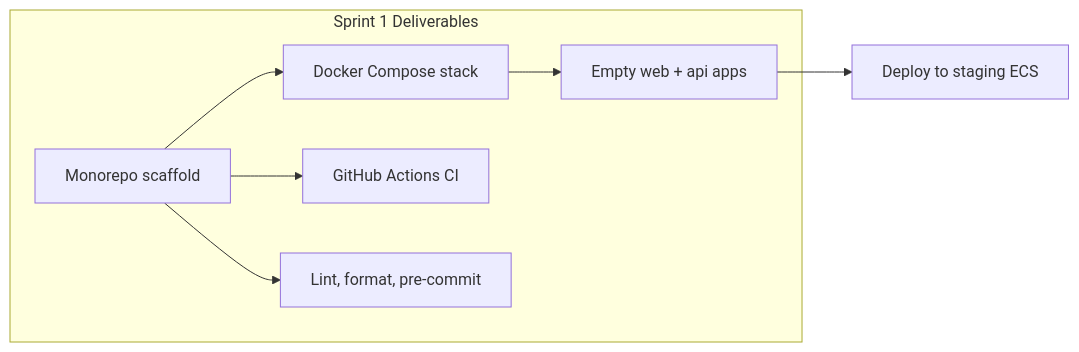
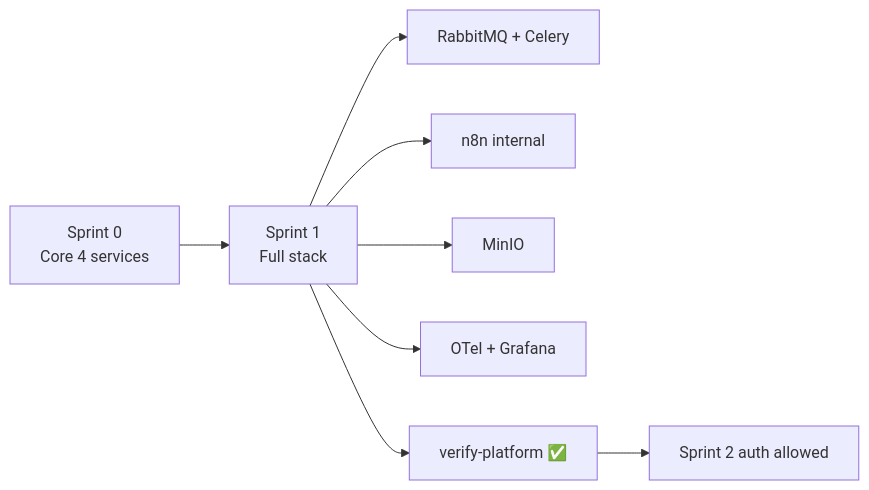
One commit to abhishekthatguy/luxflow-ai changed the diagram in docs/17-sprint-planning/sprint-01-infrastructure.md. Above: the diagram before and after it, drawn with Mermaid. The commit also changed other lines of this file and 37 other files, not shown here.

````diff
--- a/docs/17-sprint-planning/sprint-01-infrastructure.md
+++ b/docs/17-sprint-planning/sprint-01-infrastructure.md
@@ -14,15 +17,10 @@
 ```mermaid
 flowchart LR
-    subgraph Sprint1Deliverables["Sprint 1 Deliverables"]
-        MONO[Monorepo scaffold]
-        DOCKER[Docker Compose stack]
-        CI[GitHub Actions CI]
-        APPS[Empty web + api apps]
-        TOOL[Lint, format, pre-commit]
-    end
-
-    MONO --> DOCKER --> APPS
-    MONO --> CI
-    MONO --> TOOL
-    APPS --> STG[Deploy to staging ECS]
+    S0[Sprint 0<br/>Core 4 services] --> S1[Sprint 1<br/>Full stack]
+    S1 --> RMQ[RabbitMQ + Celery]
+    S1 --> N8N[n8n internal]
+    S1 --> S3[MinIO]
+    S1 --> OBS[OTel + Grafana]
+    S1 --> GATE[verify-platform ✅]
+    GATE --> S2[Sprint 2 auth allowed]
 ```
````
